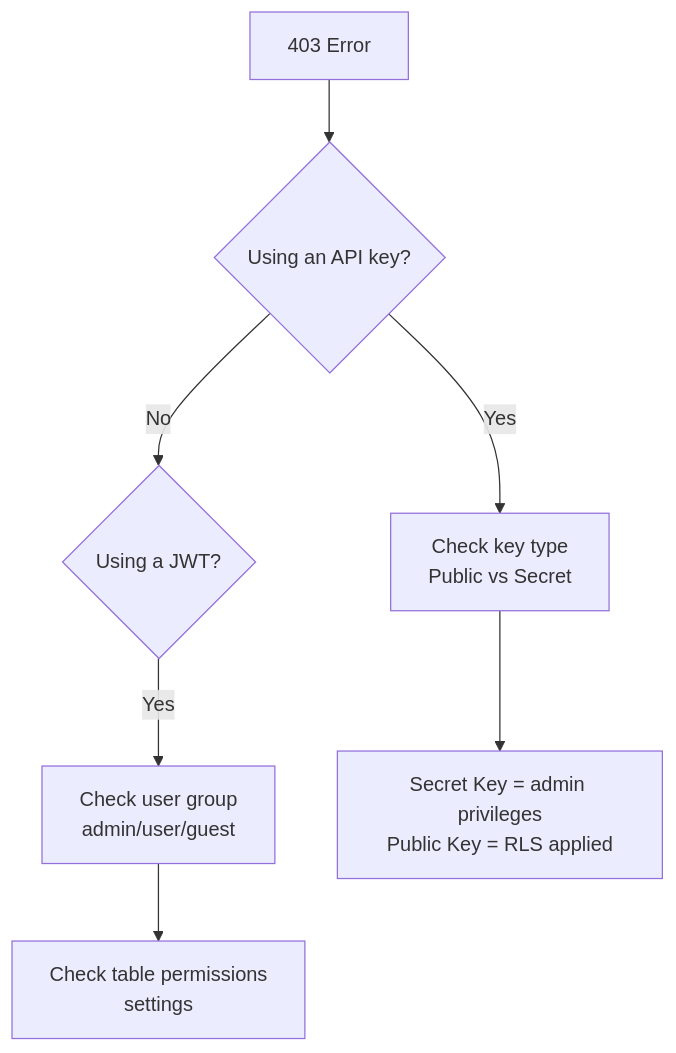
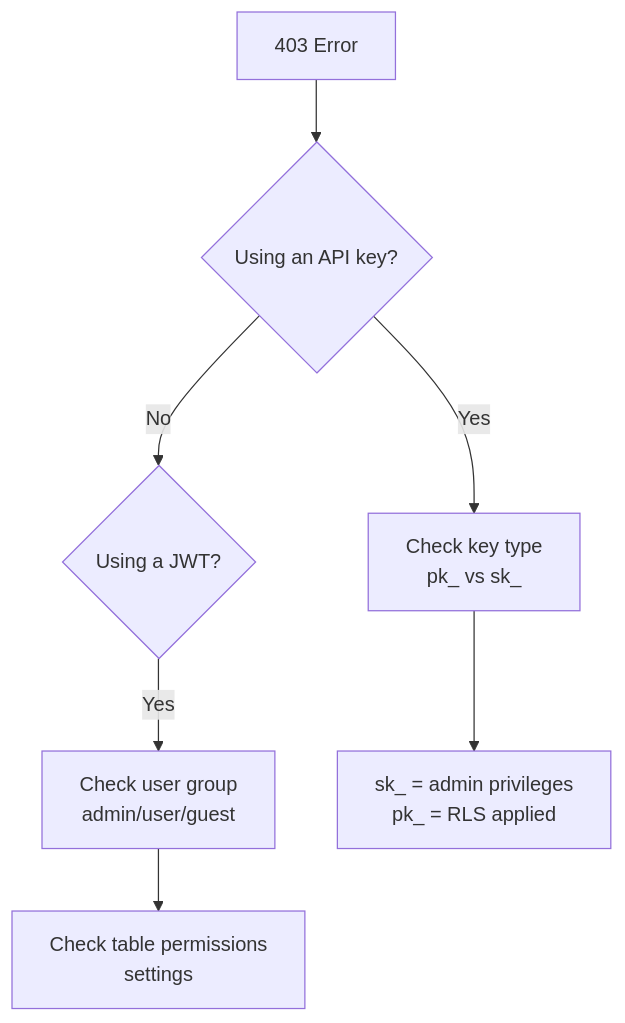
The diagram in en/troubleshooting/01-common-errors.md (popup-studio-ai/bkend-docs), drawn with Mermaid before and after one commit. The commit also changed other lines of this file and 365 other files, not shown here.

````diff
--- a/en/troubleshooting/01-common-errors.md
+++ b/en/troubleshooting/01-common-errors.md
@@ -97,9 +93,9 @@
 ```mermaid
 flowchart TD
     A[403 Error] --> B{Using an API key?}
-    B -->|Yes| C[Check key type<br/>Public vs Secret]
+    B -->|Yes| C[Check key type<br/>pk_ vs sk_]
     B -->|No| D{Using a JWT?}
     D -->|Yes| E[Check user group<br/>admin/user/guest]
-    C --> F[Secret Key = admin privileges<br/>Public Key = RLS applied]
+    C --> F[sk_ = admin privileges<br/>pk_ = RLS applied]
     E --> G[Check table permissions<br/>settings]
 ```
````
